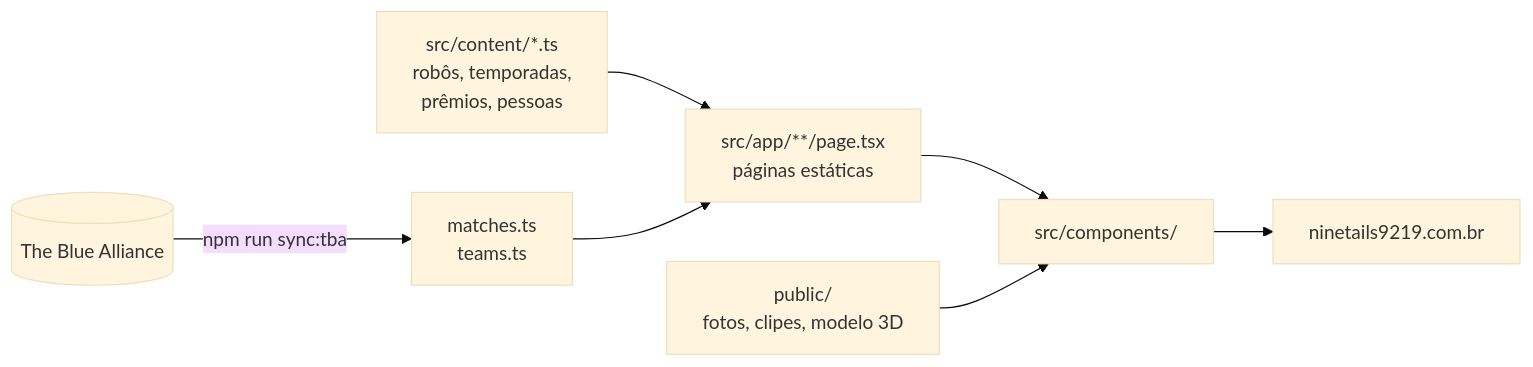
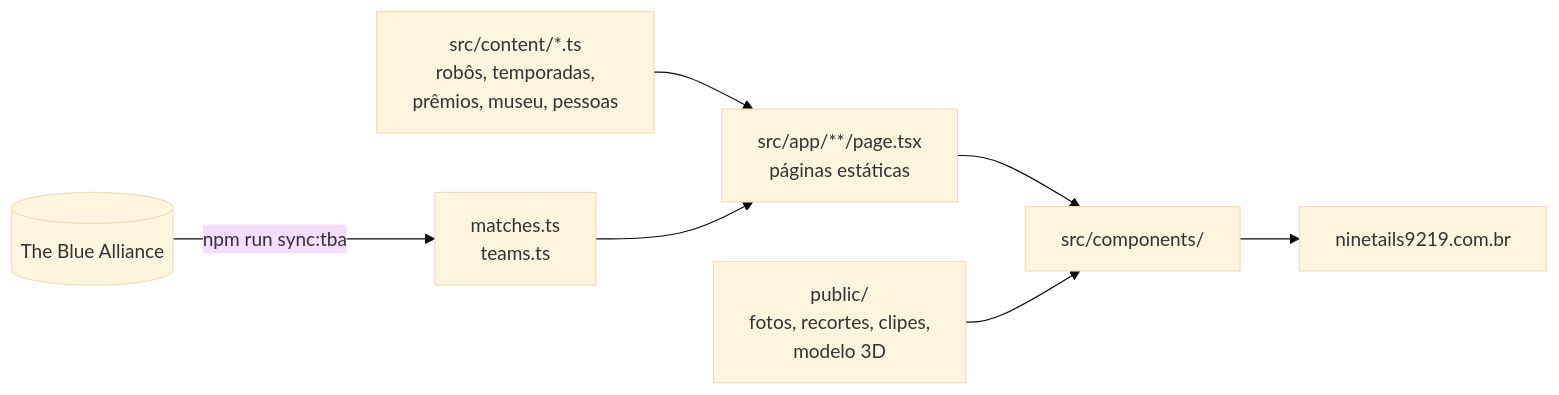
Before and after one commit to c4mpos-dev/site-nine-tails-9219: the second of 2 diagrams in README.md, drawn with Mermaid (base theme). The commit also changed other lines of this file and 9 other files, not shown here.

````diff
--- a/README.md
+++ b/README.md
@@ -265,9 +456,9 @@
 ```mermaid
 flowchart LR
     TBA[(The Blue Alliance)] -- npm run sync:tba --> M[matches.ts<br/>teams.ts]
-    C[src/content/*.ts<br/>robôs, temporadas,<br/>prêmios, pessoas] --> P
+    C[src/content/*.ts<br/>robôs, temporadas,<br/>prêmios, museu, pessoas] --> P
     M --> P[src/app/**/page.tsx<br/>páginas estáticas]
     P --> UI[src/components/]
-    A[public/<br/>fotos, clipes, modelo 3D] --> UI
+    A[public/<br/>fotos, recortes, clipes,<br/>modelo 3D] --> UI
     UI --> S[ninetails9219.com.br]
 ```
````
